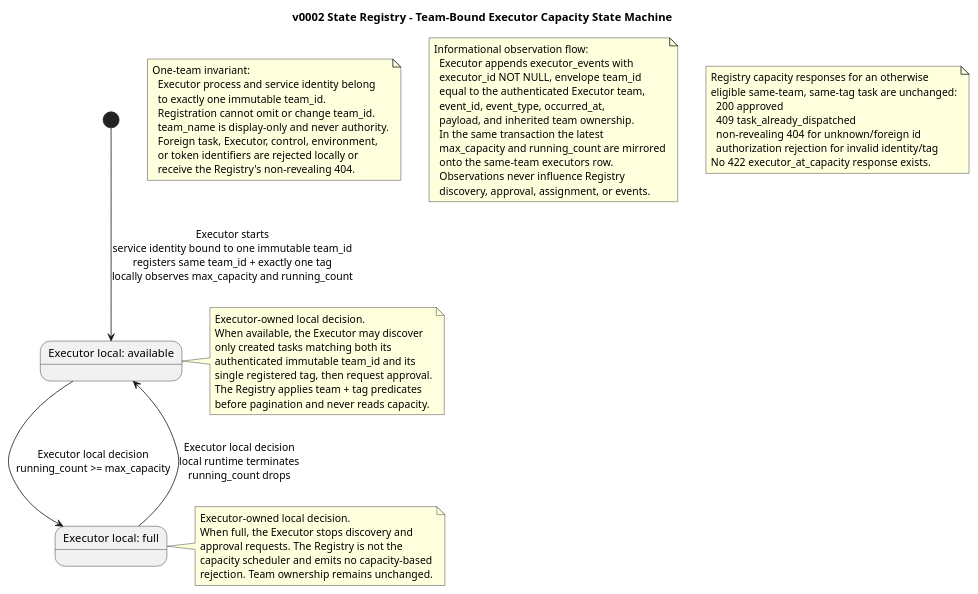
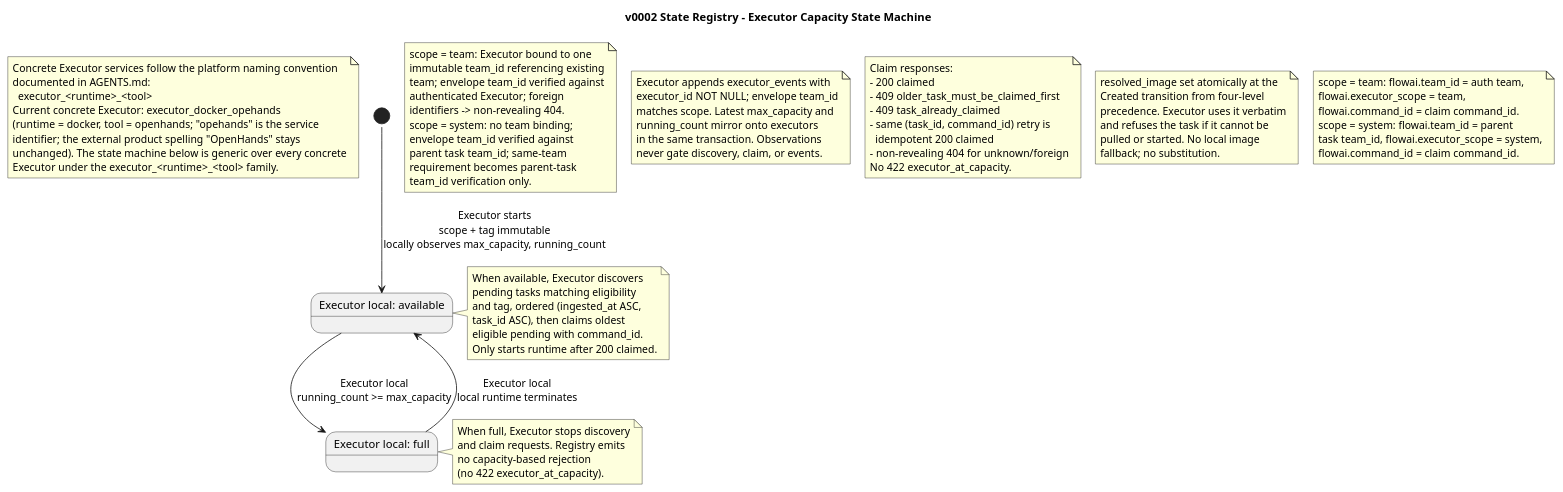
Before and after one commit to pandops/flowai: the diagram in openspec/changes/v0002-state-registry/specs/diagrams/state-registry-executor-capacity-state-machine.puml, drawn with PlantUML. The commit also changed 5 other files, not shown here.

First line of the commit message:
docs(state-registry): update registry architecture diagrams

```diff
--- a/openspec/changes/v0002-state-registry/specs/diagrams/state-registry-executor-capacity-state-machine.puml
+++ b/openspec/changes/v0002-state-registry/specs/diagrams/state-registry-executor-capacity-state-machine.puml
@@ -2,65 +2,91 @@
 @startuml
-title v0002 State Registry - Team-Bound Executor Capacity State Machine
+!pragma layout smetana
+title v0002 State Registry - Executor Capacity State Machine
+
+note as ConcreteNaming
+  Concrete Executor services follow the platform naming convention
+  documented in AGENTS.md:
+    executor_<runtime>_<tool>
+  Current concrete Executor: executor_docker_opehands
+  (runtime = docker, tool = openhands; "opehands" is the service
+  identifier; the external product spelling "OpenHands" stays
+  unchanged). The state machine below is generic over every concrete
+  Executor under the executor_<runtime>_<tool> family.
+end note
 
 state "Executor local: available" as ExAvail
 state "Executor local: full" as ExFull
 
-[*] --> ExAvail : Executor starts\nservice identity bound to one immutable team_id\nregisters same team_id + exactly one tag\nlocally observes max_capacity and running_count
+[*] --> ExAvail : Executor starts\nscope + tag immutable\nlocally observes max_capacity, running_count
 
-ExAvail --> ExFull : Executor local decision\nrunning_count >= max_capacity
-ExFull --> ExAvail : Executor local decision\nlocal runtime terminates\nrunning_count drops
+ExAvail --> ExFull : Executor local\nrunning_count >= max_capacity
+ExFull --> ExAvail : Executor local\nlocal runtime terminates
 
 note right of ExAvail
-  Executor-owned local decision.
-  When available, the Executor may discover
-  only created tasks matching both its
-  authenticated immutable team_id and its
-  single registered tag, then request approval.
-  The Registry applies team + tag predicates
-  before pagination and never reads capacity.
+  When available, Executor discovers
+  pending tasks matching eligibility
+  and tag, ordered (ingested_at ASC,
+  task_id ASC), then claims oldest
+  eligible pending with command_id.
+  Only starts runtime after 200 claimed.
 end note
 
 note right of ExFull
-  Executor-owned local decision.
-  When full, the Executor stops discovery and
-  approval requests. The Registry is not the
-  capacity scheduler and emits no capacity-based
-  rejection. Team ownership remains unchanged.
+  When full, Executor stops discovery
+  and claim requests. Registry emits
+  no capacity-based rejection
+  (no 422 executor_at_capacity).
 end note
 
 note as TeamInvariant
-  One-team invariant:
-    Executor process and service identity belong
-    to exactly one immutable team_id.
-    Registration cannot omit or change team_id.
-    team_name is display-only and never authority.
-    Foreign task, Executor, control, environment,
-    or token identifiers are rejected locally or
-    receive the Registry's non-revealing 404.
+  scope = team: Executor bound to one
+  immutable team_id referencing existing
+  team; envelope team_id verified against
+  authenticated Executor; foreign
+  identifiers -> non-revealing 404.
+  scope = system: no team binding;
+  envelope team_id verified against
+  parent task team_id; same-team
+  requirement becomes parent-task
+  team_id verification only.
 end note
 
 note as Observations
-  Informational observation flow:
-    Executor appends executor_events with
-    executor_id NOT NULL, envelope team_id
-    equal to the authenticated Executor team,
-    event_id, event_type, occurred_at,
-    payload, and inherited team ownership.
-    In the same transaction the latest
-    max_capacity and running_count are mirrored
-    onto the same-team executors row.
-    Observations never influence Registry
-    discovery, approval, assignment, or events.
+  Executor appends executor_events with
+  executor_id NOT NULL; envelope team_id
+  matches scope. Latest max_capacity and
+  running_count mirror onto executors
+  in the same transaction. Observations
+  never gate discovery, claim, or events.
 end note
 
 note as RegistryContract
-  Registry capacity responses for an otherwise
-  eligible same-team, same-tag task are unchanged:
-    200 approved
-    409 task_already_dispatched
-    non-revealing 404 for unknown/foreign id
-    authorization rejection for invalid identity/tag
-  No 422 executor_at_capacity response exists.
+  Claim responses:
+  - 200 claimed
+  - 409 older_task_must_be_claimed_first
+  - 409 task_already_claimed
+  - same (task_id, command_id) retry is
+    idempotent 200 claimed
+  - non-revealing 404 for unknown/foreign
+  No 422 executor_at_capacity.
+end note
+
+note as ImageSource
+  resolved_image set atomically at the
+  Created transition from four-level
+  precedence. Executor uses it verbatim
+  and refuses the task if it cannot be
+  pulled or started. No local image
+  fallback; no substitution.
+end note
+
+note as Scope
+  scope = team: flowai.team_id = auth team,
+  flowai.executor_scope = team,
+  flowai.command_id = claim command_id.
+  scope = system: flowai.team_id = parent
+  task team_id, flowai.executor_scope = system,
+  flowai.command_id = claim command_id.
 end note
 
 @enduml
```
